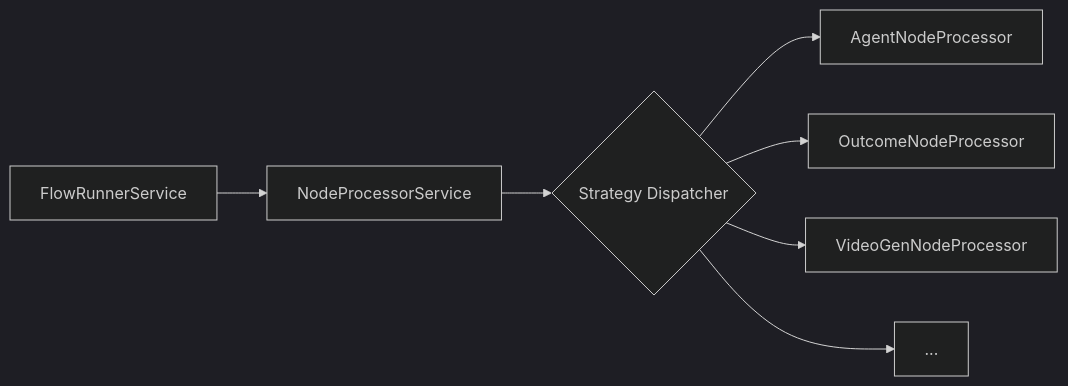
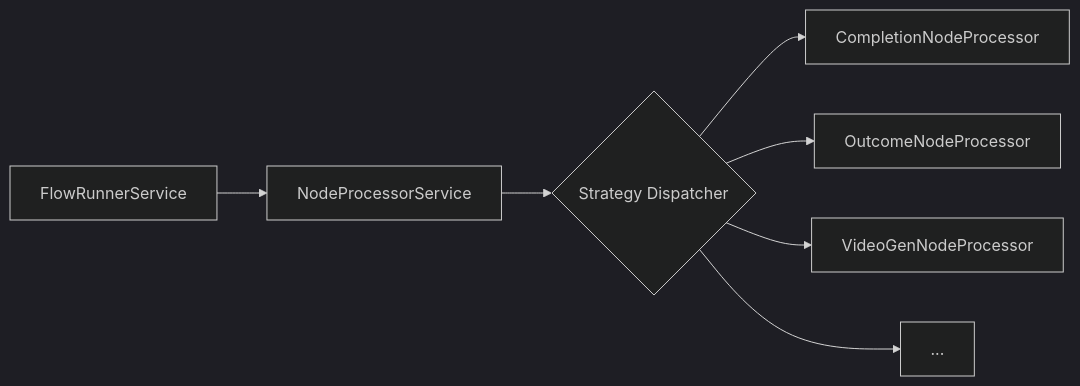
One commit to adamofig/control-markets-node changed the diagram in docs/technical-reference/node-execution-engine.md. Above: the diagram before and after it, drawn with Mermaid (dark theme). The commit also changed other lines of this file and 9 other files, not shown here.

````diff
--- a/docs/technical-reference/node-execution-engine.md
+++ b/docs/technical-reference/node-execution-engine.md
@@ -22,9 +22,9 @@
 ```mermaid
 graph LR
     A[FlowRunnerService] --> B[NodeProcessorService]
     B --> C{Strategy Dispatcher}
-    C --> D[AgentNodeProcessor]
+    C --> D[CompletionNodeProcessor]
     C --> E[OutcomeNodeProcessor]
     C --> F[VideoGenNodeProcessor]
     C --> G[...]
 ```
````
